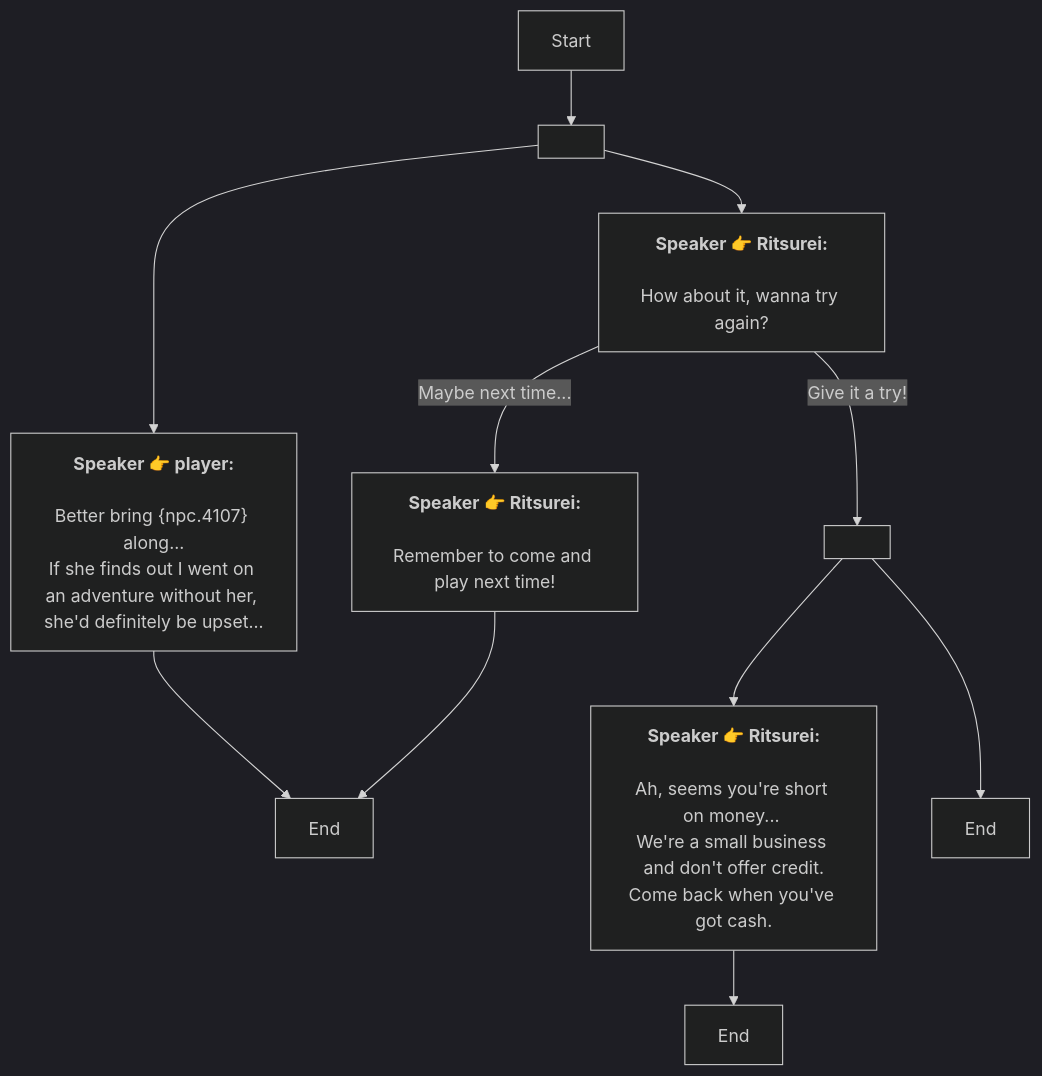
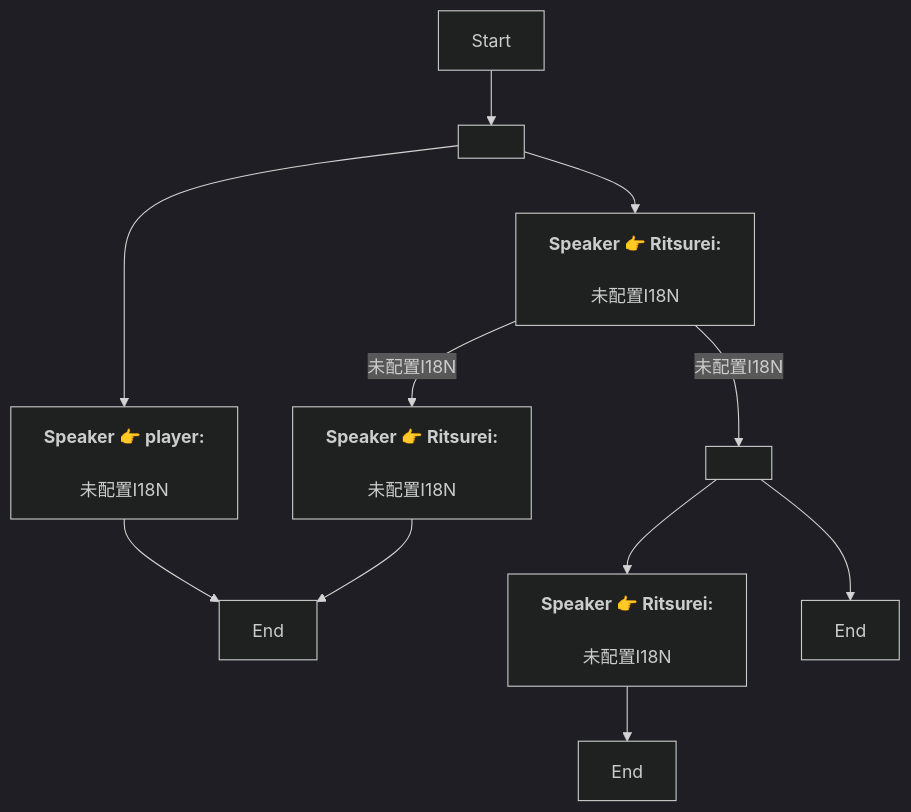
The diagram in En/QuestTalkObjectiveNode_1739410435579068.md (SoftHu/tos_avg), drawn with Mermaid (dark theme) before and after one commit. The commit also changed 730 other files, not shown here.

````diff
--- a/En/QuestTalkObjectiveNode_1739410435579068.md
+++ b/En/QuestTalkObjectiveNode_1739410435579068.md
@@ -1,21 +1,18 @@
 ```mermaid
 graph
 Start -->1739504820562167[ ]
 1739504820562167 -->1739410498958538[<b>Speaker 👉 Ritsurei:</b>
-\nHow about it, wanna try again?]
+\n未配置I18N]
 1739504820562167 -->1739504820563192[<b>Speaker 👉 player:</b>
-\nBetter bring &lbrace;npc.4107&rbrace; along...
-If she finds out I went on an adventure without her, she'd definitely be upset...]
+\n未配置I18N]
 1739504820563192 -->1739410498959566[End]
-1739410498958538 -->|Maybe next time...|1739505094255868[<b>Speaker 👉 Ritsurei:</b>
-\nRemember to come and play next time!]
-1739410498958538 -->|Give it a try!|1739410498959567[ ]
+1739410498958538 -->|未配置I18N|1739505094255868[<b>Speaker 👉 Ritsurei:</b>
+\n未配置I18N]
+1739410498958538 -->|未配置I18N|1739410498959567[ ]
 1739410498959567 -->1739410498960593[<b>Speaker 👉 Ritsurei:</b>
-\nAh, seems you're short on money... 
-We're a small business and don't offer credit.
-Come back when you've got cash.]
+\n未配置I18N]
 1739410498959567 -->1739410498959568[End]
 1739410498960593 -->1739410498960594[End]
 1739505094255868 -->1739410498959566[End]
 
 ```
````
